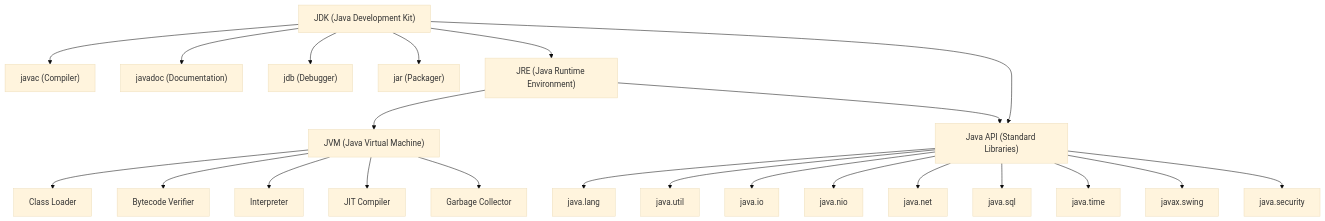
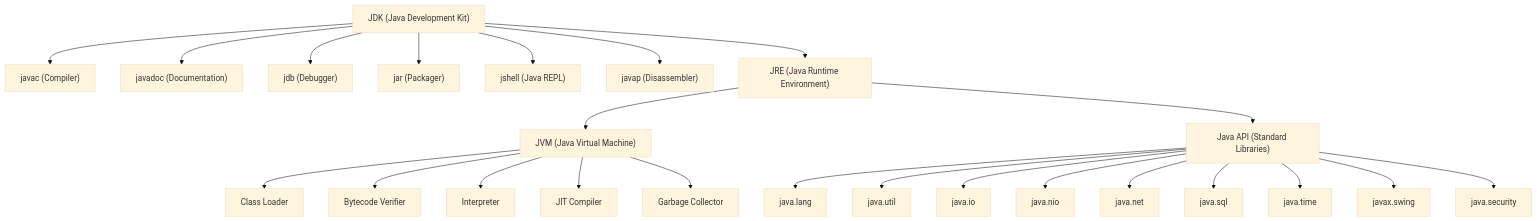
The first of 2 diagrams in Core/Introduction/2. Java Ecosystem.md (Ananymishra-Numero/Java), drawn with Mermaid (base theme) before and after one commit. The commit also changed other lines of this file, not shown here.

Commit message:
Update 2. Java Ecosystem.md

````diff
--- a/Core/Introduction/2. Java Ecosystem.md
+++ b/Core/Introduction/2. Java Ecosystem.md
@@ -3,53 +3,56 @@
  ```mermaid
 graph TD
   JDK["JDK (Java Development Kit)"]
   javac["javac (Compiler)"]
   javadoc["javadoc (Documentation)"]
   jdb["jdb (Debugger)"]
   jar["jar (Packager)"]
+  jshell["jshell (Java REPL)"]
+  javap["javap (Disassembler)"]
   JRE["JRE (Java Runtime Environment)"]
   JVM["JVM (Java Virtual Machine)"]
   API["Java API (Standard Libraries)"]
 
   classLoader["Class Loader"]
   bytecodeVerifier["Bytecode Verifier"]
   interpreter["Interpreter"]
   jit["JIT Compiler"]
   gc["Garbage Collector"]
 
   lang["java.lang"]
   util["java.util"]
   io["java.io"]
   nio["java.nio"]
   net["java.net"]
   sql["java.sql"]
   time["java.time"]
   swing["javax.swing"]
   security["java.security"]
 
   JDK --> javac
   JDK --> javadoc
   JDK --> jdb
   JDK --> jar
   JDK --> JRE
-  JDK --> API
+  JDK --> jshell
+  JDK --> javap
 
   JRE --> JVM
   JRE --> API
 
   JVM --> classLoader
   JVM --> bytecodeVerifier
   JVM --> interpreter
   JVM --> jit
   JVM --> gc
 
   API --> lang
   API --> util
   API --> io
   API --> nio
   API --> net
   API --> sql
   API --> time
   API --> swing
   API --> security
 ```
````
